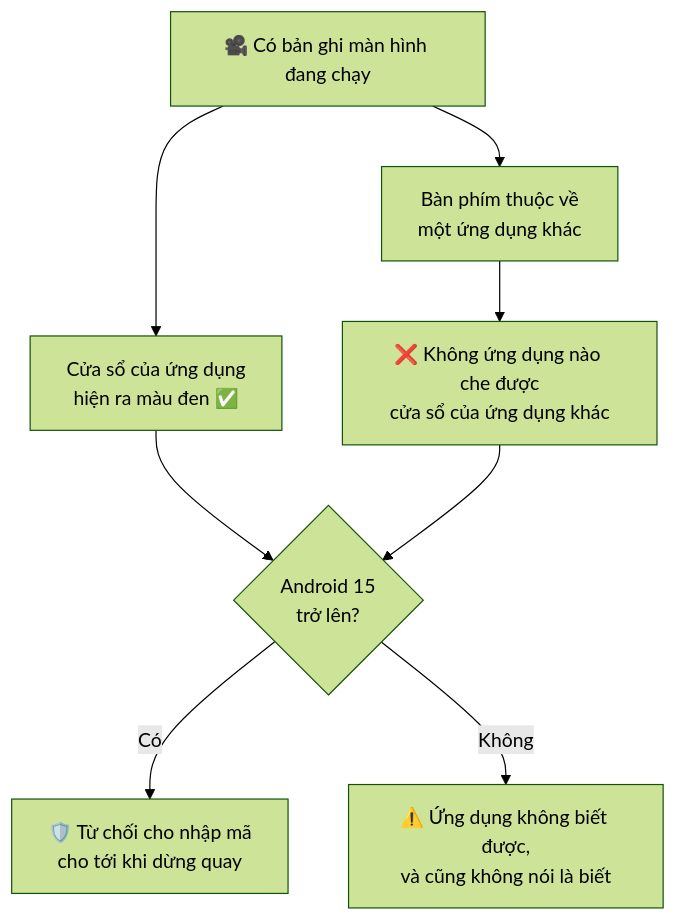
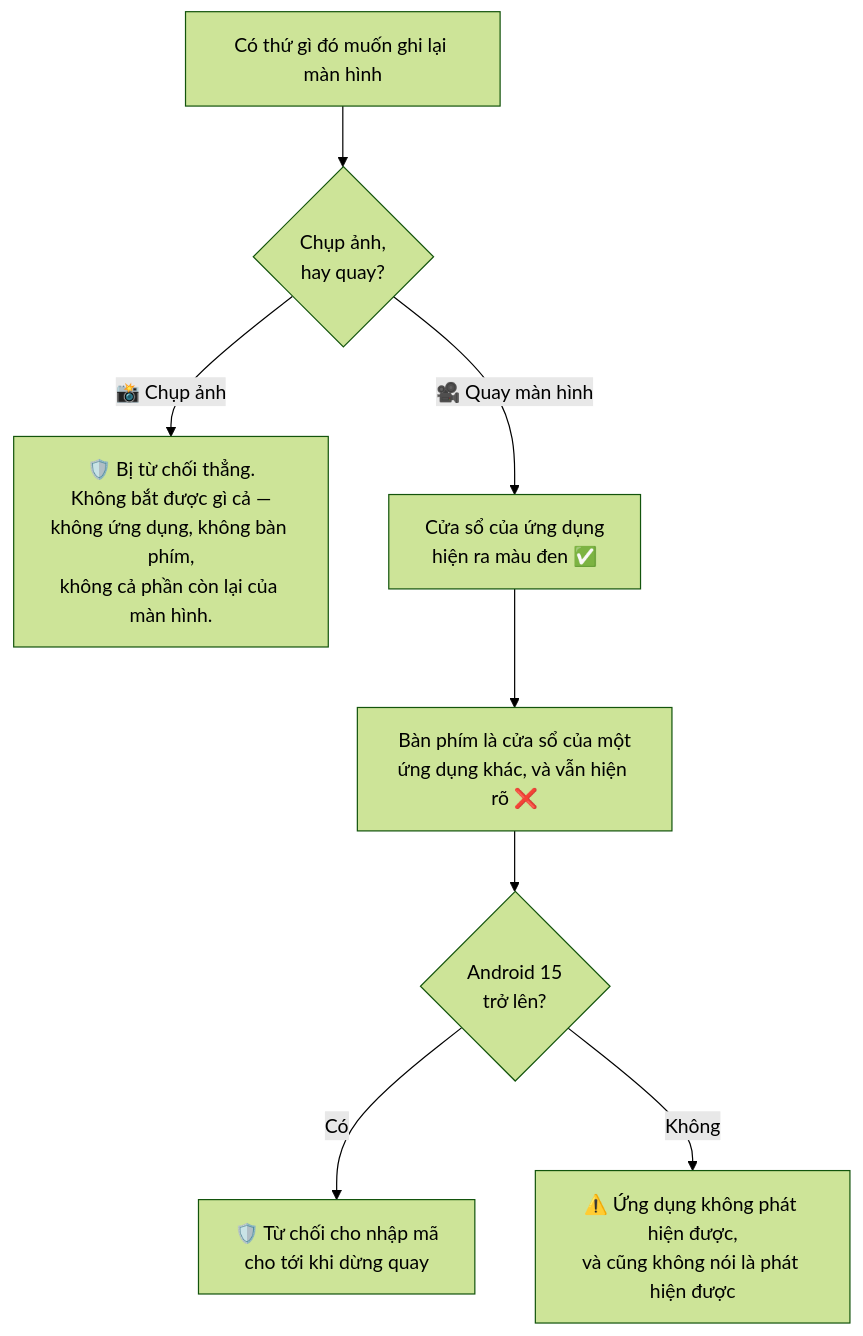
The seventh of 16 diagrams in i18n/vi/docusaurus-plugin-content-docs/current/plain-words.md (TuPhung369/passwordepic-website), drawn with Mermaid (forest theme) before and after one commit. The commit also changed other lines of this file and 10 other files, not shown here.

````diff
--- a/i18n/vi/docusaurus-plugin-content-docs/current/plain-words.md
+++ b/i18n/vi/docusaurus-plugin-content-docs/current/plain-words.md
@@ -144,10 +143,10 @@
 ```mermaid
 flowchart TD
-  A["🎥 Có bản ghi màn hình đang chạy"] --> B["Cửa sổ của ứng dụng<br/>hiện ra màu đen ✅"]
-  A --> C["Bàn phím thuộc về<br/>một ứng dụng khác"]
-  C --> D["❌ Không ứng dụng nào che được<br/>cửa sổ của ứng dụng khác"]
-  B --> E{"Android 15<br/>trở lên?"}
-  D --> E
-  E -->|"Có"| F["🛡️ Từ chối cho nhập mã<br/>cho tới khi dừng quay"]
-  E -->|"Không"| G["⚠️ Ứng dụng không biết được,<br/>và cũng không nói là biết"]
+  A["Có thứ gì đó muốn ghi lại màn hình"] --> B{"Chụp ảnh,<br/>hay quay?"}
+  B -->|"📸 Chụp ảnh"| C["🛡️ Bị từ chối thẳng.<br/>Không bắt được gì cả —<br/>không ứng dụng, không bàn phím,<br/>không cả phần còn lại của màn hình."]
+  B -->|"🎥 Quay màn hình"| D["Cửa sổ của ứng dụng<br/>hiện ra màu đen ✅"]
+  D --> E["Bàn phím là cửa sổ của một<br/>ứng dụng khác, và vẫn hiện rõ ❌"]
+  E --> F{"Android 15<br/>trở lên?"}
+  F -->|"Có"| G["🛡️ Từ chối cho nhập mã<br/>cho tới khi dừng quay"]
+  F -->|"Không"| H["⚠️ Ứng dụng không phát hiện được,<br/>và cũng không nói là phát hiện được"]
 ```
````
